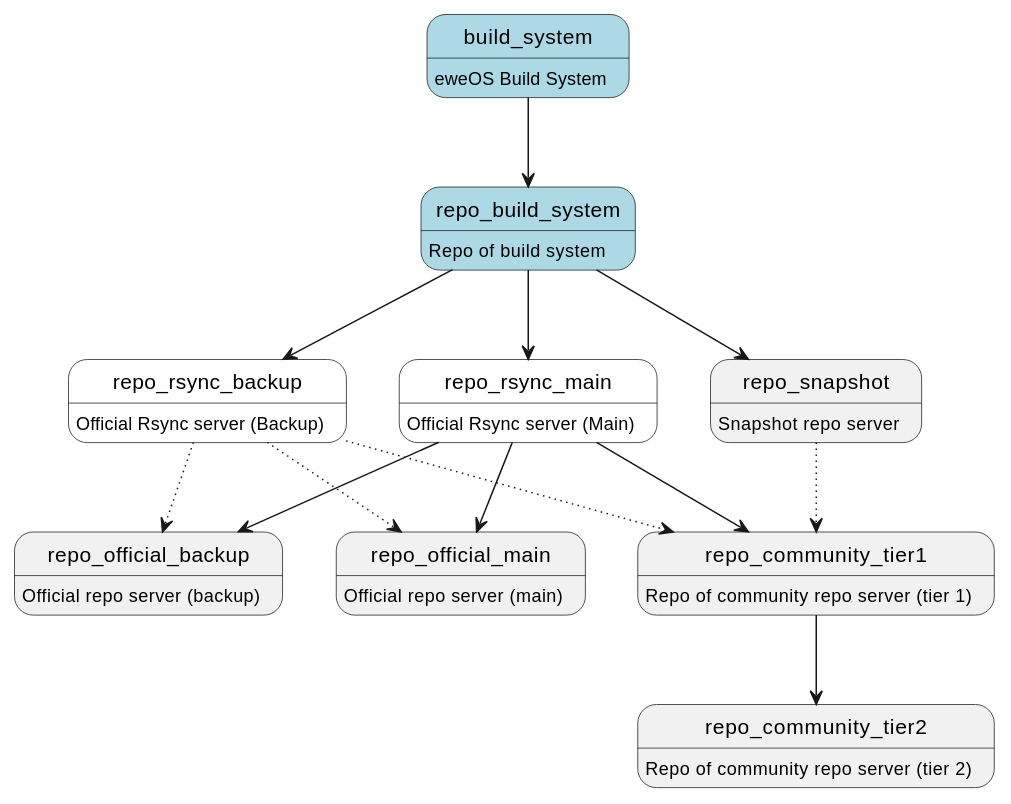
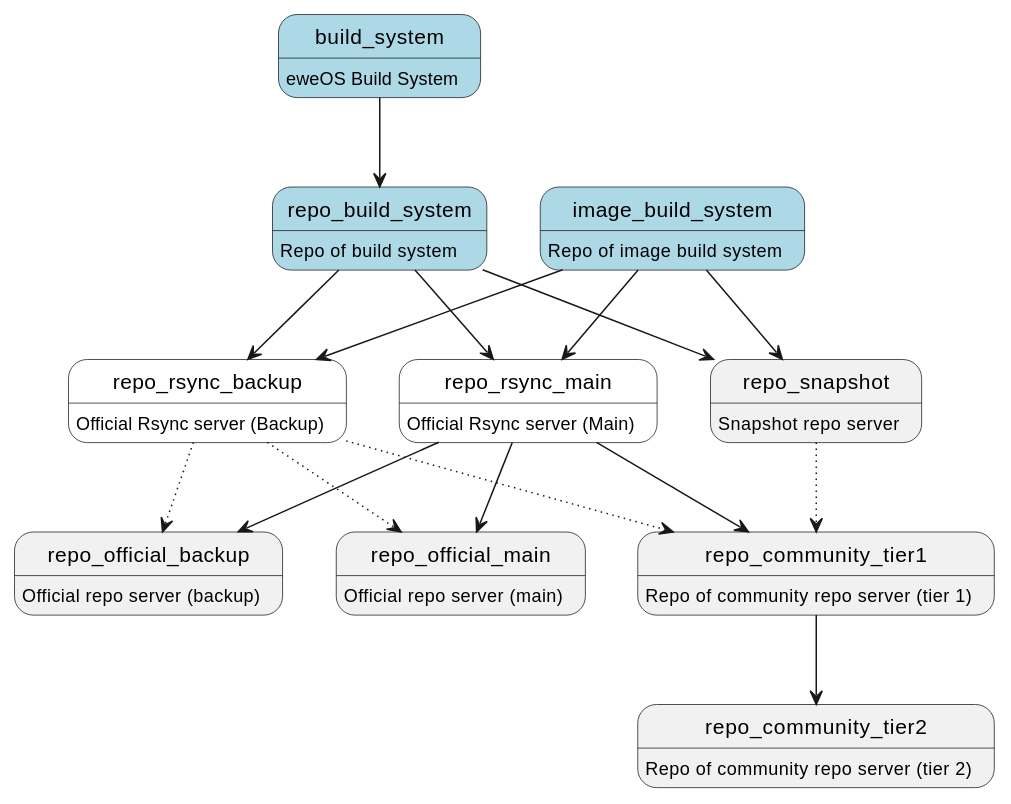
The diagram in dev/topic/infra/repos.md (eweOS/wiki), drawn with PlantUML before and after one commit. The commit also changed other lines of this file, not shown here.

Commit message:
docs: update dev/topic/infra/repos

````diff
--- a/dev/topic/infra/repos.md
+++ b/dev/topic/infra/repos.md
@@ -53,28 +53,32 @@
 ```plantuml
 @startuml
 
 state build_system #lightblue: eweOS Build System
 state repo_build_system #lightblue: Repo of build system
+state image_build_system #lightblue: Repo of image build system
 state repo_rsync_main #white: Official Rsync server (Main)
 state repo_rsync_backup #white: Official Rsync server (Backup)
 state repo_official_main: Official repo server (main)
 state repo_official_backup: Official repo server (backup)
 state repo_community_tier1: Repo of community repo server (tier 1)
 state repo_community_tier2: Repo of community repo server (tier 2)
 state repo_snapshot: Snapshot repo server
 
 build_system --> repo_build_system
+image_build_system --> repo_rsync_main
+image_build_system --> repo_rsync_backup
+image_build_system --> repo_snapshot
 repo_build_system --> repo_rsync_main
 repo_build_system --> repo_rsync_backup
 repo_build_system --> repo_snapshot
 repo_rsync_main --> repo_official_main
 repo_rsync_backup -[dotted]-> repo_official_main
 repo_rsync_main --> repo_official_backup
 repo_rsync_backup -[dotted]-> repo_official_backup
 repo_rsync_main --> repo_community_tier1
 repo_rsync_backup -[dotted]-> repo_community_tier1
 repo_community_tier1 --> repo_community_tier2
 repo_snapshot -[dotted]-> repo_community_tier1
 
 @enduml
 ```
````
